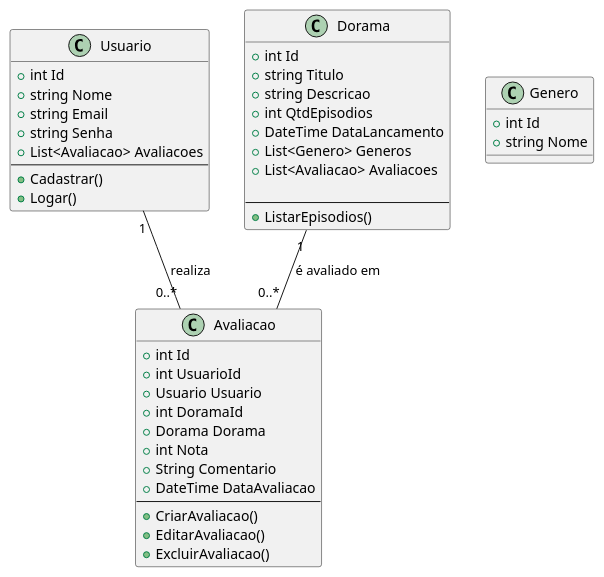
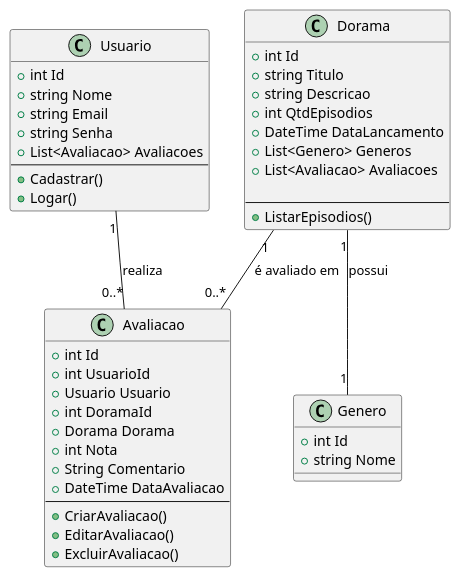
One commit to KaioHenr/Trab1-PS changed the diagram in Trab1-PS/diagramas/diagramas_plantuml/diagrama_de_classes.plantuml. Above: the diagram before and after it, drawn with PlantUML.

Commit message:
Update diagrama_de_classes.plantuml
atualizacao uml

```diff
--- a/Trab1-PS/diagramas/diagramas_plantuml/diagrama_de_classes.plantuml
+++ b/Trab1-PS/diagramas/diagramas_plantuml/diagrama_de_classes.plantuml
@@ -2,49 +2,51 @@
 @startuml
 class Usuario {
     + int Id
     + string Nome
     + string Email
     + string Senha
     + List<Avaliacao> Avaliacoes
     --
     + Cadastrar()
     + Logar()
 }
 
 class Avaliacao {
     + int Id
     + int UsuarioId
     + Usuario Usuario
     + int DoramaId
     + Dorama Dorama
     + int Nota
     + String Comentario
     + DateTime DataAvaliacao
     --
     + CriarAvaliacao()
     + EditarAvaliacao()
     + ExcluirAvaliacao()
 }
 
 class Dorama {
     + int Id
     + string Titulo
     + string Descricao
     + int QtdEpisodios
     + DateTime DataLancamento
     + List<Genero> Generos
     + List<Avaliacao> Avaliacoes
     
     --
     + ListarEpisodios()
 }
 class Genero {
     + int Id
     + string Nome
 }
 
 Usuario "1" -- "0..*" Avaliacao : "realiza"
 Dorama "1" -- "0..*" Avaliacao : "é avaliado em"
+Dorama "1" -- "1" Genero : "possui"
+
 
 
 @enduml
```
